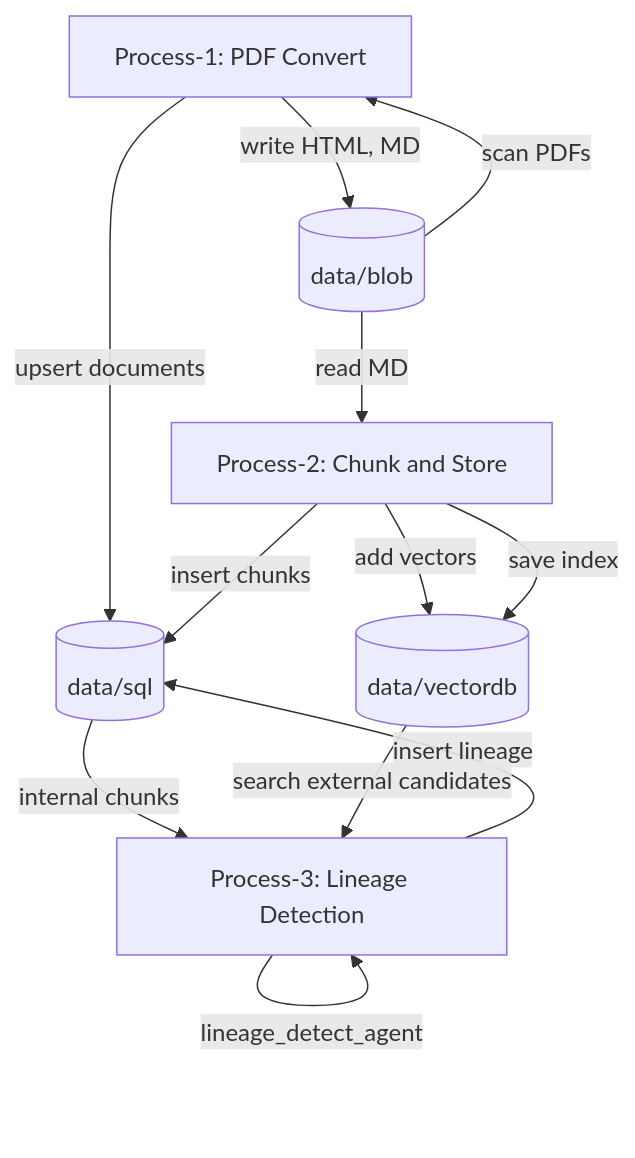
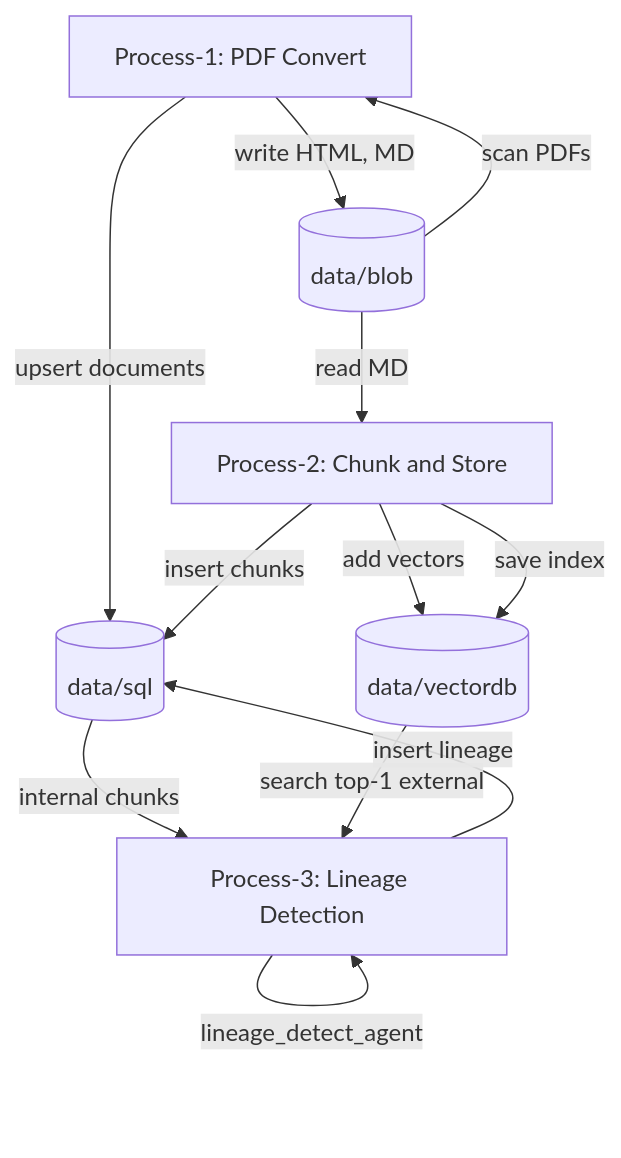
One commit to Rajesh-Nair/RISEAPP changed the second of 5 diagrams in README.md. Above: the diagram before and after it, drawn with Mermaid. The commit also changed other lines of this file and 16 other files, not shown here.

````diff
--- a/README.md
+++ b/README.md
@@ -179,21 +300,21 @@
 ```mermaid
 flowchart TB
   P1[Process-1: PDF Convert]
   P2[Process-2: Chunk and Store]
   P3[Process-3: Lineage Detection]
   Blob[(data/blob)]
   SQL[(data/sql)]
   VDB[(data/vectordb)]
 
   Blob -->|scan PDFs| P1
   P1 -->|write HTML, MD| Blob
   P1 -->|upsert documents| SQL
   Blob -->|read MD| P2
   P2 -->|insert chunks| SQL
   P2 -->|add vectors| VDB
   P2 -->|save index| VDB
   SQL -->|internal chunks| P3
-  VDB -->|search external candidates| P3
+  VDB -->|search top-1 external| P3
   P3 -->|lineage_detect_agent| P3
   P3 -->|insert lineage| SQL
 ```
````
